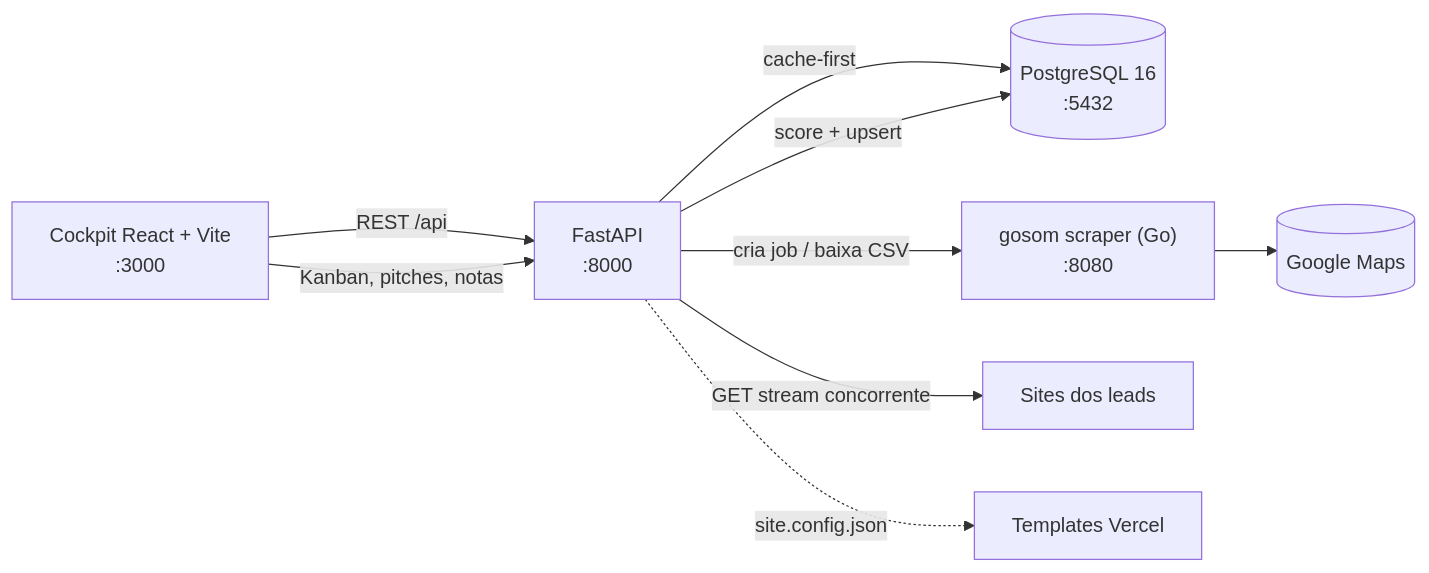
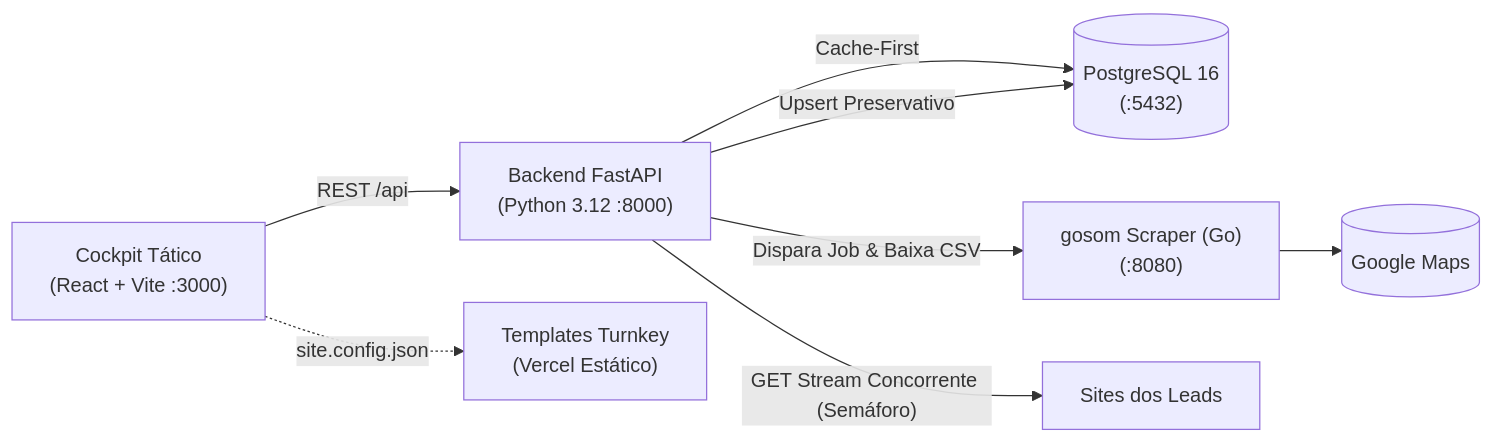
Before and after one commit to gabrielolvrz/Abductor: the diagram in README.md, drawn with Mermaid. The commit also changed other lines of this file and 202 other files, not shown here.

Commit message:
docs: reestruturar README completo conforme protocolo good-readme e cockpit tático

````diff
--- a/README.md
+++ b/README.md
@@ -47,11 +104,10 @@
 ```mermaid
 flowchart LR
-    UI["Cockpit React + Vite<br/>:3000"] -->|"REST /api"| API["FastAPI<br/>:8000"]
-    API -->|"cache-first"| DB[("PostgreSQL 16<br/>:5432")]
-    API -->|"cria job / baixa CSV"| GOSOM["gosom scraper (Go)<br/>:8080"]
+    UI["Cockpit Tático<br/>(React + Vite :3000)"] -->|"REST /api"| API["Backend FastAPI<br/>(Python 3.12 :8000)"]
+    API -->|"Cache-First"| DB[("PostgreSQL 16<br/>(:5432)")]
+    API -->|"Dispara Job & Baixa CSV"| GOSOM["gosom Scraper (Go)<br/>(:8080)"]
     GOSOM --> GMAPS[("Google Maps")]
-    API -->|"GET stream concorrente"| WEB["Sites dos leads"]
-    API -->|"score + upsert"| DB
-    API -.->|"site.config.json"| TPL["Templates Vercel"]
-    UI -->|"Kanban, pitches, notas"| API
+    API -->|"GET Stream Concorrente (Semáforo)"| WEB["Sites dos Leads"]
+    API -->|"Upsert Preservativo"| DB
+    UI -.->|"site.config.json"| TPL["Templates Turnkey<br/>(Vercel Estático)"]
 ```
````
